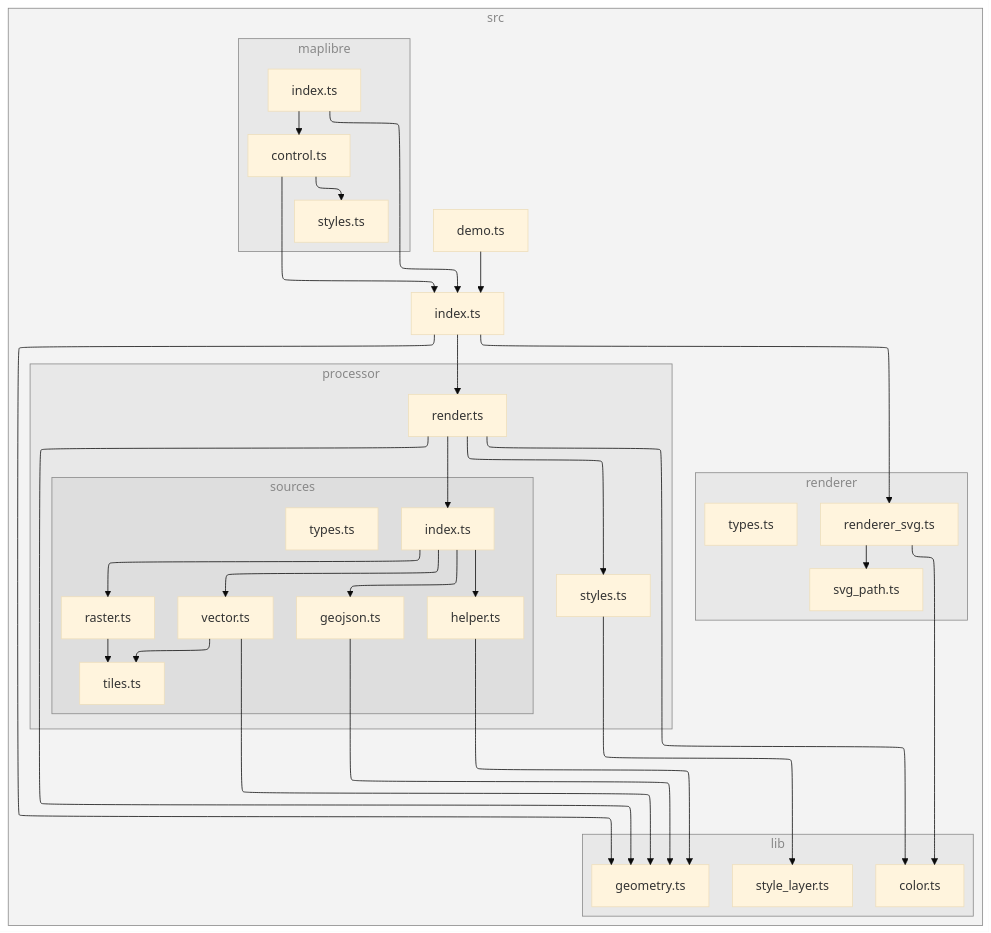
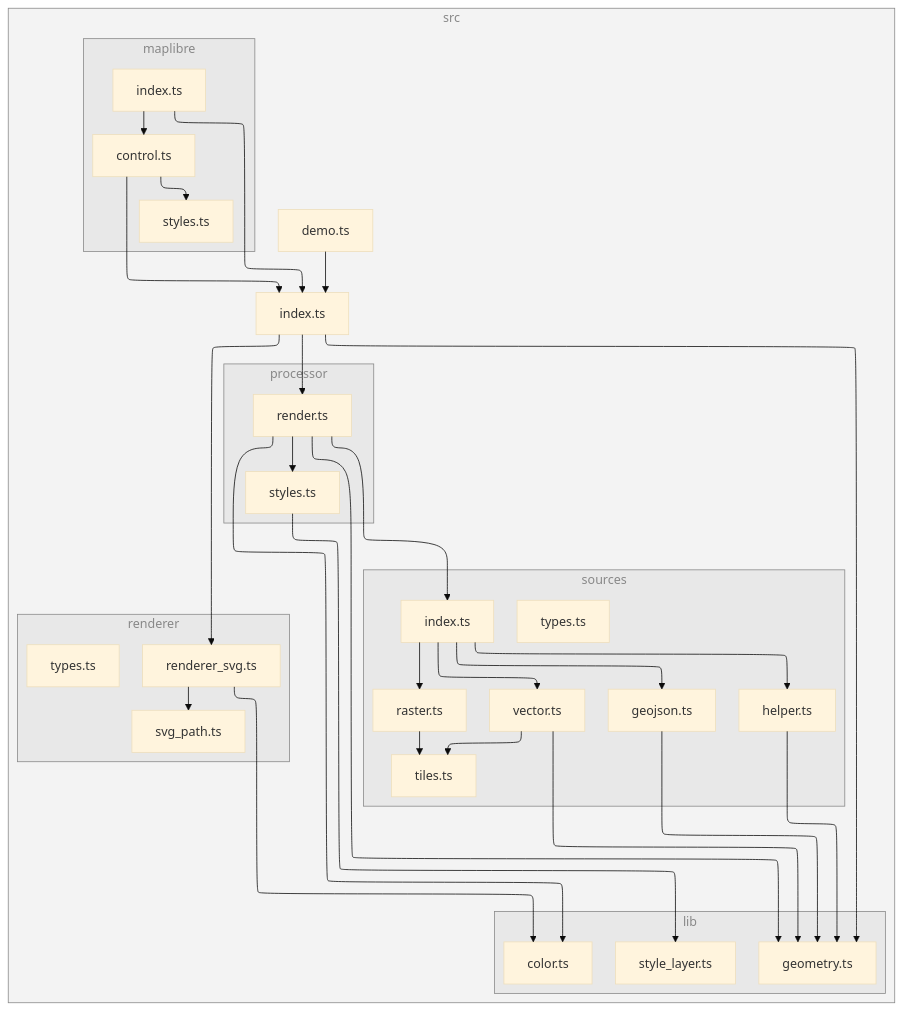
Before and after one commit to versatiles-org/versatiles-renderer: the diagram in README.md, drawn with Mermaid (base theme). The commit also changed other lines of this file and 13 other files, not shown here.

````diff
--- a/README.md
+++ b/README.md
@@ -126,67 +126,67 @@
 ```mermaid
 ---
 config:
   layout: elk
 ---
 flowchart TB
 
 subgraph 0["src"]
 1["demo.ts"]
 2["index.ts"]
 subgraph 3["lib"]
 4["geometry.ts"]
 7["color.ts"]
 G["style_layer.ts"]
 end
 subgraph 5["processor"]
 6["render.ts"]
+F["styles.ts"]
+end
 subgraph 8["sources"]
 9["index.ts"]
 A["geojson.ts"]
 B["helper.ts"]
 C["raster.ts"]
 D["tiles.ts"]
 E["vector.ts"]
-O["types.ts"]
-end
-F["styles.ts"]
+P["types.ts"]
 end
 subgraph H["renderer"]
 I["renderer_svg.ts"]
 J["svg_path.ts"]
-P["types.ts"]
+O["types.ts"]
 end
 subgraph K["maplibre"]
 L["control.ts"]
 M["styles.ts"]
 N["index.ts"]
 end
 end
 1-->2
 2-->4
 2-->6
 2-->I
 6-->7
 6-->4
 6-->9
 6-->F
 9-->A
 9-->B
 9-->C
 9-->E
 A-->4
 B-->4
 C-->D
 E-->4
 E-->D
 F-->G
 I-->7
 I-->J
 L-->2
 L-->M
 N-->2
 N-->L
 
 class 0,3,5,8,H,K subgraphs;
 classDef subgraphs fill-opacity:0.1, fill:#888, color:#888, stroke:#888;
 ```
````
